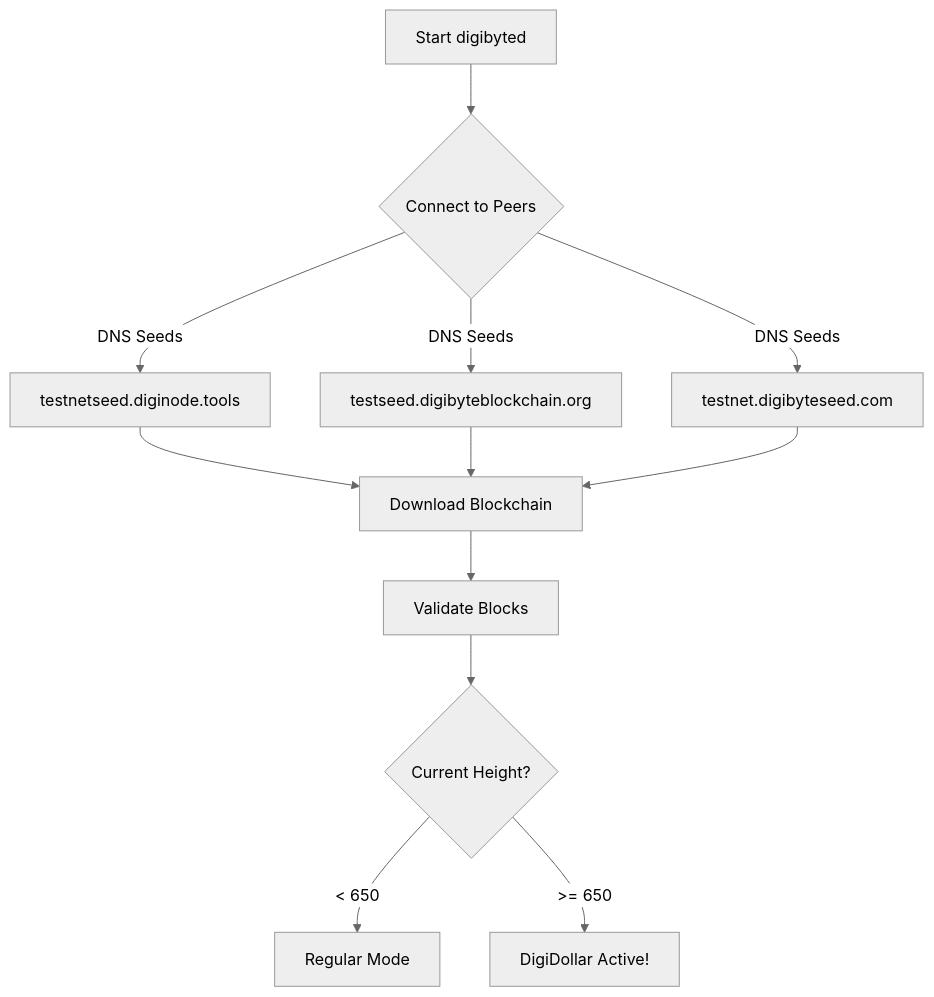
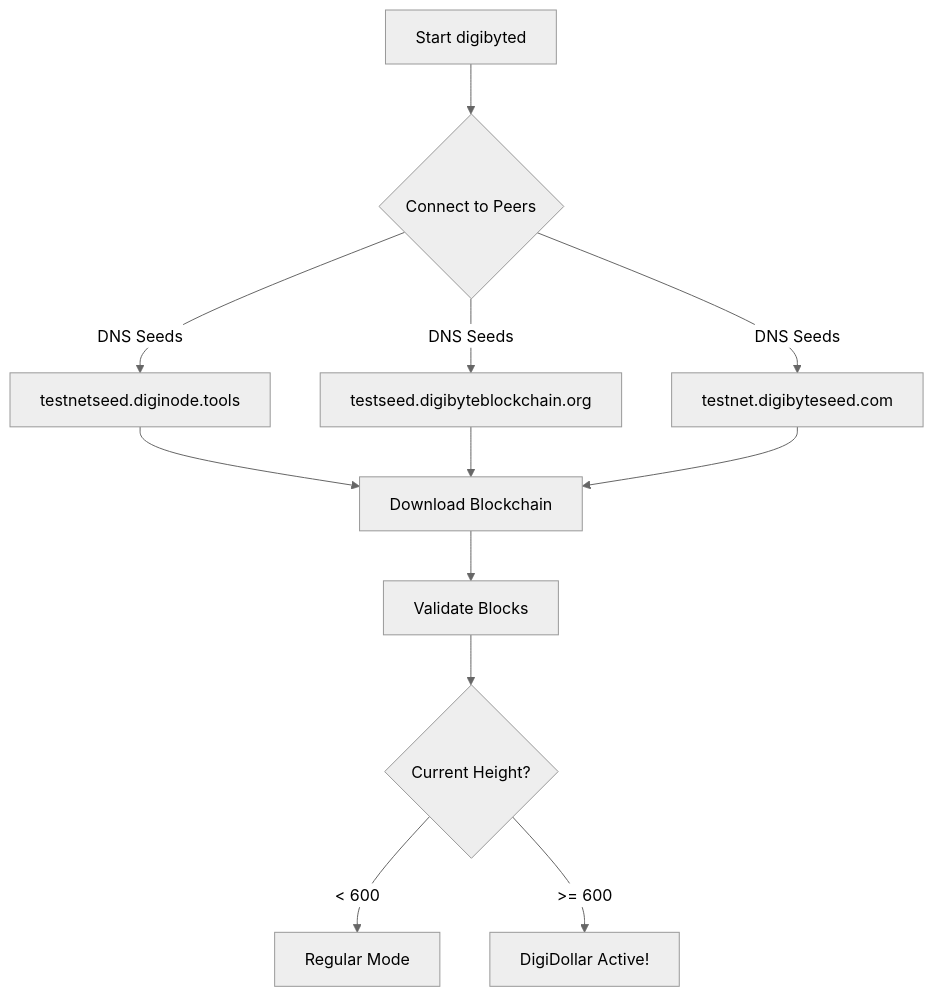
The fourth of 12 diagrams in digidollar/DIGIDOLLAR_TESTNET_BEGINNERS_GUIDE.md (JohnnyLawDGB/digibyte), drawn with Mermaid (neutral theme) before and after one commit. The commit also changed other lines of this file and 3 other files, not shown here.

````diff
--- a/digidollar/DIGIDOLLAR_TESTNET_BEGINNERS_GUIDE.md
+++ b/digidollar/DIGIDOLLAR_TESTNET_BEGINNERS_GUIDE.md
@@ -566,14 +566,14 @@
 ```mermaid
 graph TD
     A[Start digibyted] --> B{Connect to Peers}
     B -->|DNS Seeds| C[testnetseed.diginode.tools]
     B -->|DNS Seeds| D[testseed.digibyteblockchain.org]
     B -->|DNS Seeds| E[testnet.digibyteseed.com]
     C --> F[Download Blockchain]
     D --> F
     E --> F
     F --> G[Validate Blocks]
     G --> H{Current Height?}
-    H -->|< 650| I[Regular Mode]
-    H -->|>= 650| J[DigiDollar Active!]
+    H -->|< 600| I[Regular Mode]
+    H -->|>= 600| J[DigiDollar Active!]
 ```
````
